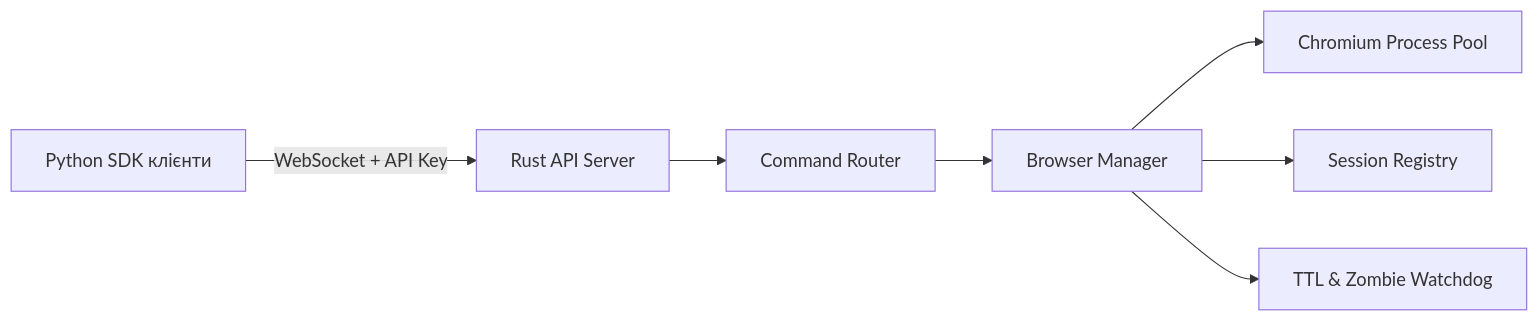
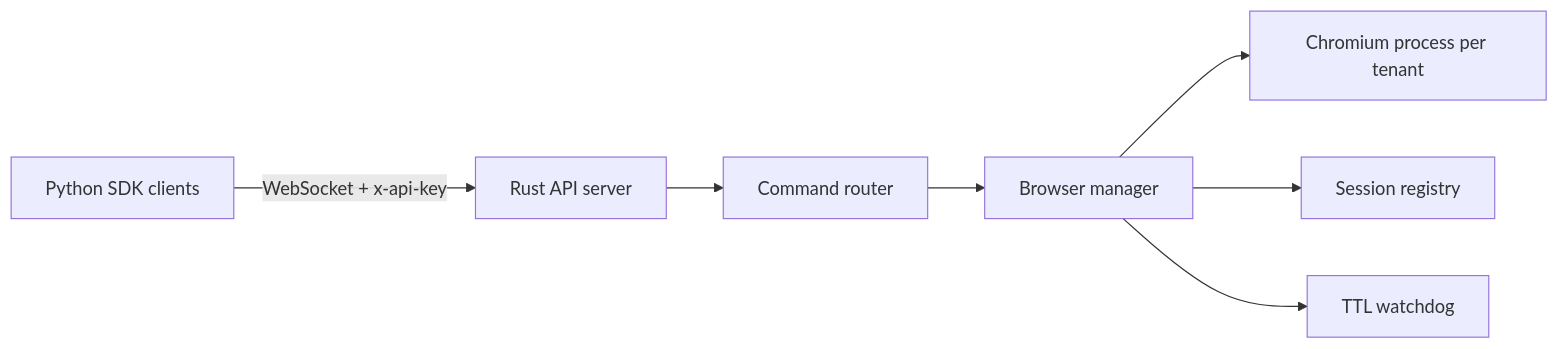
One commit to X3lyz3/headless-orchestrator changed the diagram in README.md. Above: the diagram before and after it, drawn with Mermaid. The commit also changed other lines of this file and 3 other files, not shown here.

````diff
--- a/README.md
+++ b/README.md
@@ -16,9 +51,9 @@
 ```mermaid
 flowchart LR
-	A[Python SDK клієнти] -->|WebSocket + API Key| B[Rust API Server]
-	B --> C[Command Router]
-	C --> D[Browser Manager]
-	D --> E[Chromium Process Pool]
-	D --> F[Session Registry]
-	D --> G[TTL & Zombie Watchdog]
+    A[Python SDK clients] -->|WebSocket + x-api-key| B[Rust API server]
+    B --> C[Command router]
+    C --> D[Browser manager]
+    D --> E[Chromium process per tenant]
+    D --> F[Session registry]
+    D --> G[TTL watchdog]
 ```
````
